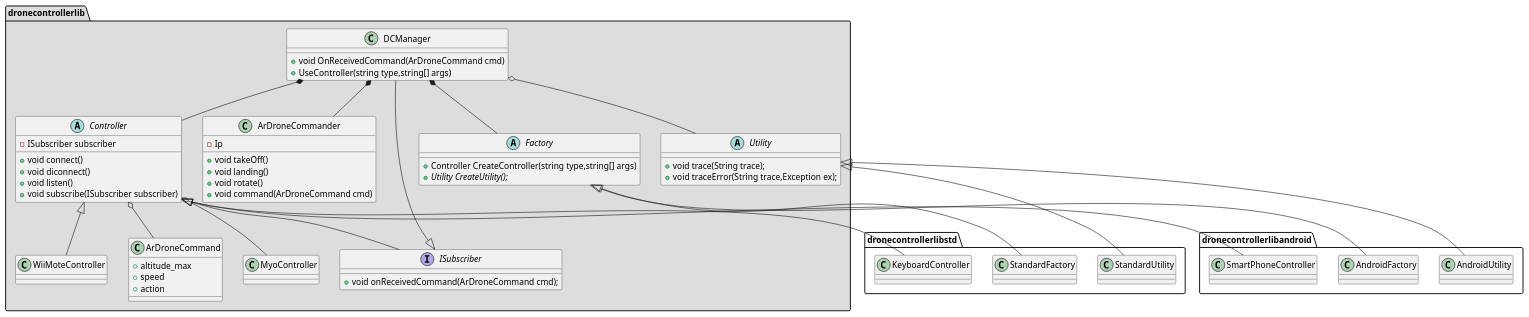
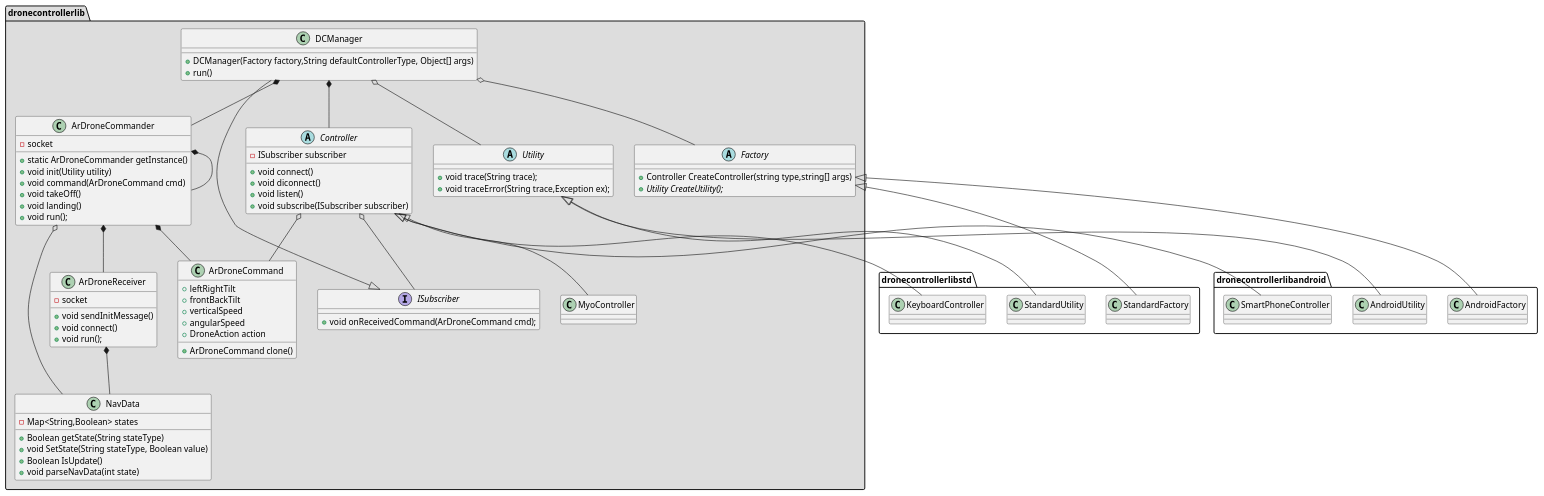
Before and after one commit to sdeltombe/DroneControllerLib: the diagram in Diagramme.puml, drawn with PlantUML. The commit also changed 4 other files, not shown here.

Commit message:
ajout controller socket

```diff
--- a/Diagramme.puml
+++ b/Diagramme.puml
@@ -1,84 +1,104 @@
 @startuml
 
 package dronecontrollerlib #DDDDDD{
-DCManager *-- Controller
-DCManager *-- ArDroneCommander
-DCManager *-- Factory
-DCManager o-- Utility
+    DCManager *-- Controller
+    DCManager *-- ArDroneCommander
+    DCManager o-- Factory
+    DCManager o-- Utility
+    ArDroneCommander *-- ArDroneReceiver
+    ArDroneCommander *-- ArDroneCommand
+    ArDroneCommander *-- ArDroneCommander
+    ArDroneReceiver *-- NavData
+    ArDroneCommander o-- NavData
+    ISubscriber <|-- DCManager
+    Controller <|-- MyoController
+    Controller o-- ISubscriber
+    Controller o-- ArDroneCommand
+    
+    class NavData{
+        -Map<String,Boolean> states
+        +Boolean getState(String stateType)
+        +void SetState(String stateType, Boolean value)
+        +Boolean IsUpdate()
+        +void parseNavData(int state)
+    }
 
-ISubscriber <|-- DCManager
-Controller <|-- MyoController
-Controller <|-- WiiMoteController
-Controller o-- ISubscriber
-Controller o-- ArDroneCommand
+    class DCManager{
+        +DCManager(Factory factory,String defaultControllerType, Object[] args)
+        +run()
+    }
 
-class DCManager{
-    +void OnReceivedCommand(ArDroneCommand cmd)
-    +UseController(string type,string[] args)
-}
+    abstract Factory{
+        +Controller CreateController(string type,string[] args)
+        +{abstract} Utility CreateUtility();
+    }
+    abstract Utility{
+        + void trace(String trace);
+        + void traceError(String trace,Exception ex);
+    }
+    class ArDroneCommand{
+        +leftRightTilt
+        +frontBackTilt
+        +verticalSpeed
+        +angularSpeed
+        +DroneAction action
+        +ArDroneCommand clone()
+    }
+    class ArDroneCommander{
+      -socket
+      +static ArDroneCommander getInstance()
+      +void init(Utility utility)
+      +void command(ArDroneCommand cmd)
+      +void takeOff()
+      +void landing()
+      +void run();
+    }
+    class ArDroneReceiver{
+      -socket
+      +void sendInitMessage()
+      +void connect()
+      +void run();
+    }
 
-abstract Factory{
-    +Controller CreateController(string type,string[] args)
-    +{abstract} Utility CreateUtility();
-}
-abstract Utility{
-    + void trace(String trace);
-    + void traceError(String trace,Exception ex);
-}
-class ArDroneCommand{
-    +altitude_max
-    +speed
-    +action
-}
-class ArDroneCommander{
-  -Ip
-  +void takeOff()
-  +void landing()
-  +void rotate()
-  +void command(ArDroneCommand cmd)
-}
+    abstract Controller{
+        -ISubscriber subscriber
+        +void connect()
+        +void diconnect()
+        +void listen()
+        +void subscribe(ISubscriber subscriber)
+    }
 
-abstract Controller{
-    -ISubscriber subscriber
-    +void connect()
-    +void diconnect()
-    +void listen()
-    +void subscribe(ISubscriber subscriber)
-}
+    interface ISubscriber{
+         +void onReceivedCommand(ArDroneCommand cmd);
+    }
+  
+    class MyoController {
 
-interface ISubscriber{
-     +void onReceivedCommand(ArDroneCommand cmd);
-}
-class WiiMoteController {
-
-}
-class MyoController {
-   
-}
+    }
 }
 
 package dronecontrollerlibstd{
     Controller <|-- KeyboardController
     Factory <|-- StandardFactory
     Utility <|-- StandardUtility
     class KeyboardController{
     }
     class StandardFactory{
     }
     class StandardUtility{
     }
 }
 package dronecontrollerlibandroid{
     Controller <|-- SmartPhoneController
     Factory <|-- AndroidFactory
     Utility <|-- AndroidUtility
     class SmartPhoneController{
     }
     class AndroidFactory{
     }
     class AndroidUtility{
     }
 }
 
 
 @enduml
```
